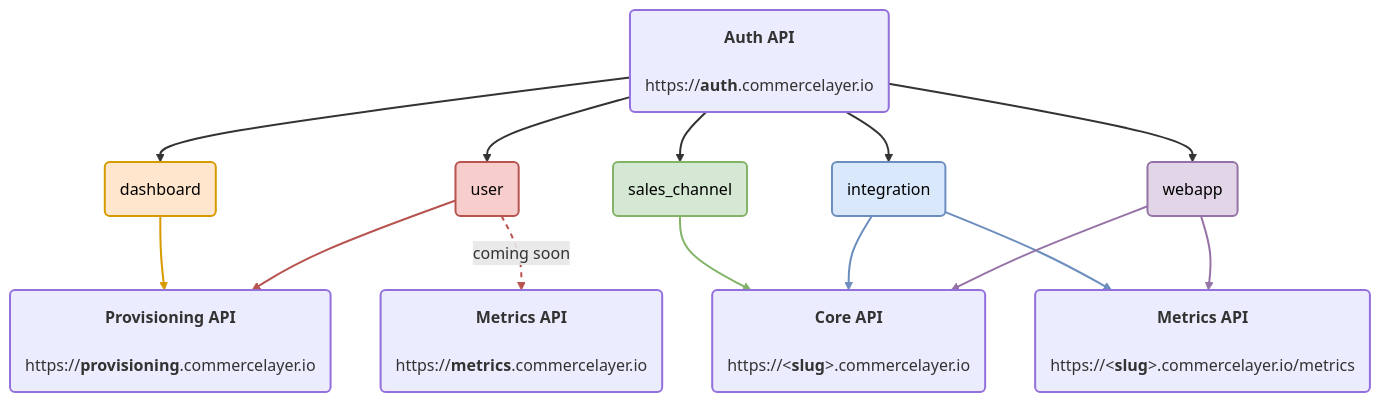
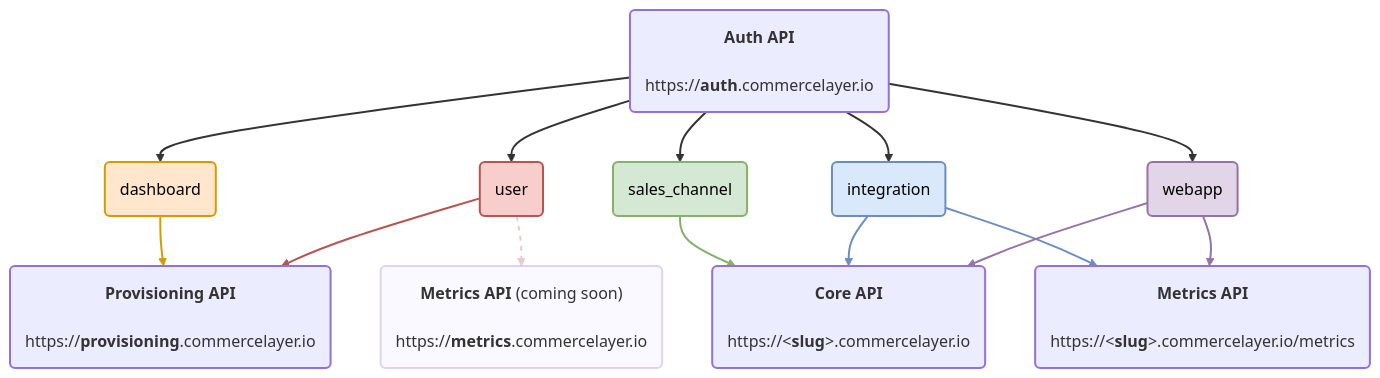
One commit to commercelayer/commercelayer-js-auth changed the diagram in packages/js-auth/README.md. Above: the diagram before and after it, drawn with Mermaid.

````diff
--- a/packages/js-auth/README.md
+++ b/packages/js-auth/README.md
@@ -74,53 +74,54 @@
 ```mermaid
 flowchart TB
   %% Default style for nodes
   classDef node stroke-width:2px;
 
   %% Main nodes
   auth(<b>Auth API</b><br/><br/>https://<b>auth</b>.commercelayer.io)
 
   dashboard("dashboard")
   user("user")
   sales_channel("sales_channel")
   integration("integration")
   webapp("webapp")
 
   provisioningAPI(<b>Provisioning API</b><br/><br/>https://<b>provisioning</b>.commercelayer.io)
   coreAPI(<b>Core API</b><br/><br/>https://&lt;<b>slug</b>&gt;.commercelayer.io)
   metricsAPI(<b>Metrics API</b><br/><br/>https://&lt;<b>slug</b>&gt;.commercelayer.io/metrics)
-  comingSoon(<b>Metrics API</b><br/><br/>https://<b>metrics</b>.commercelayer.io)
+  comingSoon(<b>Metrics API</b> &lpar;coming soon&rpar;<br/><br/>https://<b>metrics</b>.commercelayer.io)
 
   %% Node styles
   style dashboard fill:#FFE6CC,stroke:#D79B00,color:#000
   style user fill:#F8CECC,stroke:#B85450,color:#000
   style sales_channel fill:#D5E8D4,stroke:#82B366,color:#000
   style integration fill:#DAE8FC,stroke:#6C8EBF,color:#000
   style webapp fill:#E1D5E7,stroke:#9673A6,color:#000
+  style comingSoon opacity:.3
 
   %% Connections
   auth --> dashboard
   auth --> user
   auth --> sales_channel
   auth --> integration
   auth --> webapp
 
   dashboard --> provisioningAPI
   user --> provisioningAPI
-  user -- coming soon --> comingSoon
+  user --> comingSoon
   sales_channel --> coreAPI
   integration --> coreAPI
   integration --> metricsAPI
   webapp --> coreAPI
   webapp --> metricsAPI
 
   %% Arrow Styles
   linkStyle default stroke-width:2px;
   linkStyle 5 stroke:#D79B00
   linkStyle 6 stroke:#B85450
-  linkStyle 7 stroke:#B85450,stroke-dasharray: 5 5;
+  linkStyle 7 stroke:#B85450,stroke-dasharray: 5 5,opacity:.3
   linkStyle 8 stroke:#82B366
   linkStyle 9 stroke:#6C8EBF
   linkStyle 10 stroke:#6C8EBF
   linkStyle 11 stroke:#9673A6
   linkStyle 12 stroke:#9673A6
 ```
````
